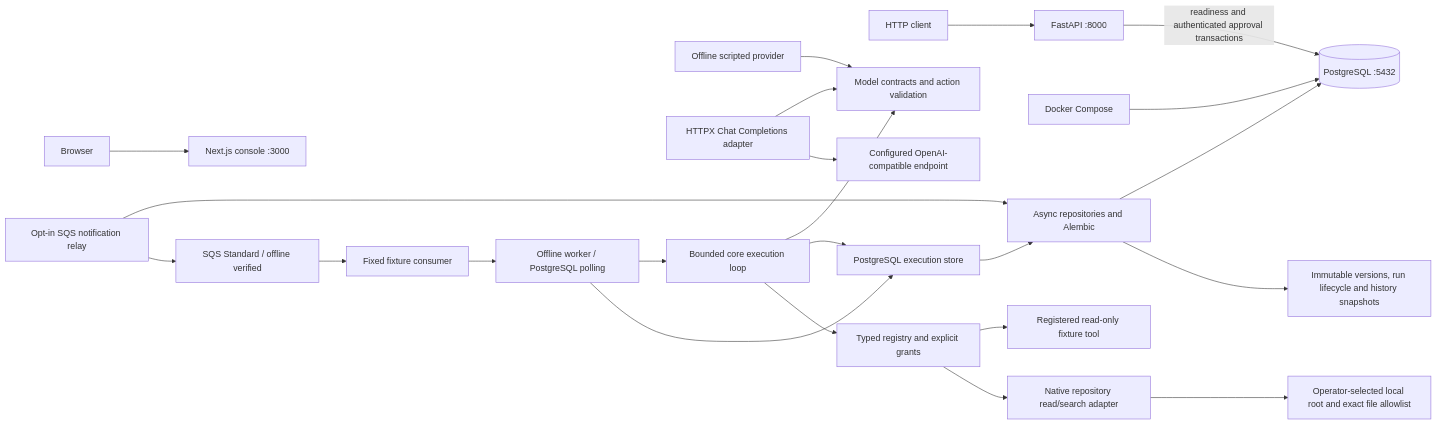
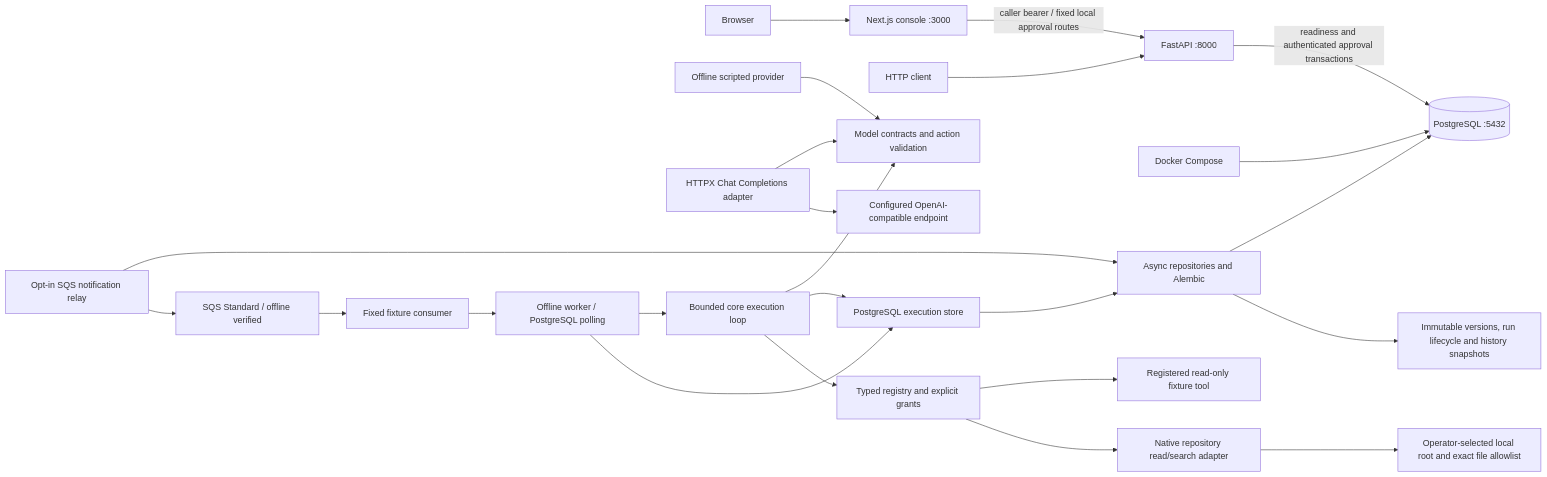
Before and after one commit to TaoM29/runveil: the first of 2 diagrams in ARCHITECTURE.md, drawn with Mermaid. The commit also changed other lines of this file and 2 other files, not shown here.

Commit message:
docs: update Runveil architecture and roadmap

````diff
--- a/ARCHITECTURE.md
+++ b/ARCHITECTURE.md
@@ -5,25 +5,26 @@
 ```mermaid
 flowchart LR
     Browser --> Web[Next.js console :3000]
+    Web -->|caller bearer / fixed local approval routes| API
     Client[HTTP client] --> API[FastAPI :8000]
     Compose[Docker Compose] --> PG[(PostgreSQL :5432)]
     API -->|readiness and authenticated approval transactions| PG
     Persistence[Async repositories and Alembic] --> PG
     Persistence --> Domain[Immutable versions, run lifecycle and history snapshots]
     Scripted[Offline scripted provider] --> Contracts[Model contracts and action validation]
     Hosted[HTTPX Chat Completions adapter] --> Contracts
     Hosted --> Endpoint[Configured OpenAI-compatible endpoint]
     Worker[Offline worker / PostgreSQL polling] --> Runtime
     Worker --> Store
     Relay[Opt-in SQS notification relay] --> Persistence
     Relay --> SQS[SQS Standard / offline verified]
     SQS --> Consumer[Fixed fixture consumer]
     Consumer --> Worker
     Runtime[Bounded core execution loop] --> Contracts
     Runtime --> Store[PostgreSQL execution store]
     Store --> Persistence
     Runtime --> Tools[Typed registry and explicit grants]
     Tools --> Fixture[Registered read-only fixture tool]
     Tools --> Repository[Native repository read/search adapter]
     Repository --> Checkout[Operator-selected local root and exact file allowlist]
 ```
````
